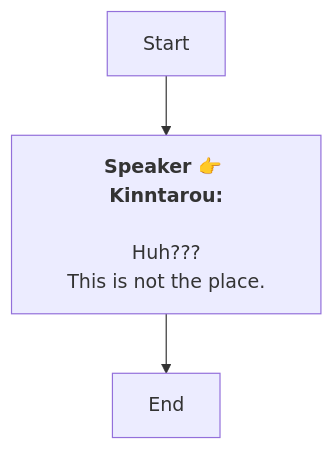
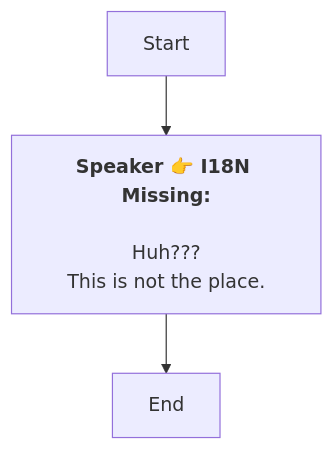
The diagram in En/QuestStartTalkENode_1741647454314757.md (SoftHu/tos_avg), drawn with Mermaid before and after one commit. The commit also changed 199 other files, not shown here.

````diff
--- a/En/QuestStartTalkENode_1741647454314757.md
+++ b/En/QuestStartTalkENode_1741647454314757.md
@@ -1,9 +1,9 @@
 ```mermaid
 graph
-Start -->1741647485986065[<b>Speaker 👉 Kinntarou:</b>
+Start -->1741647485986065[<b>Speaker 👉 I18N Missing:</b>
 
 Huh???
 This is not the place.]
 1741647485986065 -->1741647538665757[End]
 
  ```
````
